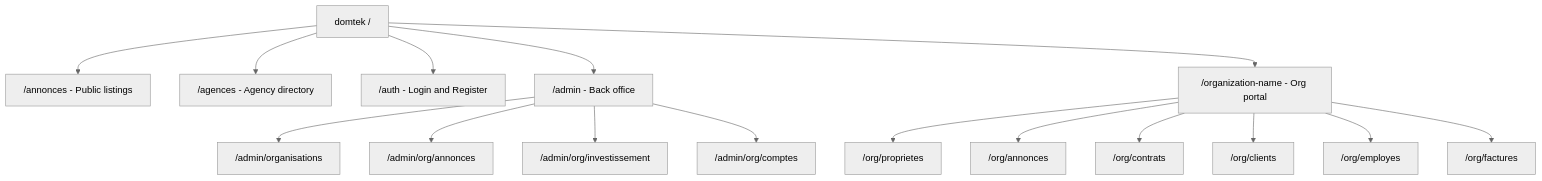
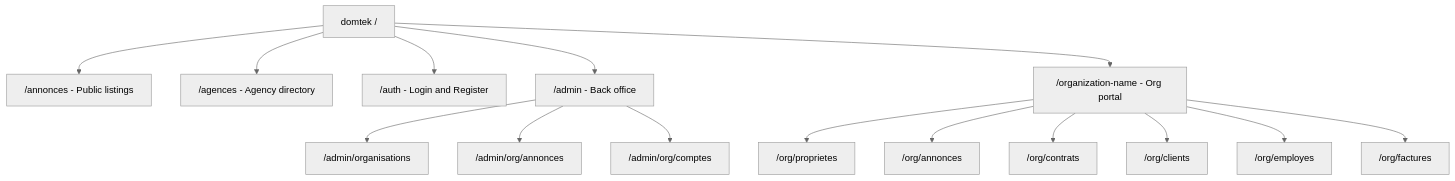
One commit to Itssafa/DomtekApp changed the third of 4 diagrams in Domtek/documentation/docs/system-overview.md. Above: the diagram before and after it, drawn with Mermaid (neutral theme). The commit also changed other lines of this file and 8 other files, not shown here.

````diff
--- a/Domtek/documentation/docs/system-overview.md
+++ b/Domtek/documentation/docs/system-overview.md
@@ -94,21 +93,20 @@
 ```mermaid
 graph TD
     ROOT["domtek /"]
     ROOT --> PUB1["/annonces - Public listings"]
     ROOT --> PUB2["/agences - Agency directory"]
     ROOT --> AUTH_R["/auth - Login and Register"]
     ROOT --> ADMIN_R["/admin - Back office"]
     ROOT --> ORG_R["/organization-name - Org portal"]
 
     ADMIN_R --> AD1["/admin/organisations"]
     ADMIN_R --> AD2["/admin/org/annonces"]
-    ADMIN_R --> AD3["/admin/org/investissement"]
     ADMIN_R --> AD4["/admin/org/comptes"]
 
     ORG_R --> OR1["/org/proprietes"]
     ORG_R --> OR2["/org/annonces"]
     ORG_R --> OR3["/org/contrats"]
     ORG_R --> OR4["/org/clients"]
     ORG_R --> OR5["/org/employes"]
     ORG_R --> OR6["/org/factures"]
 ```
````
